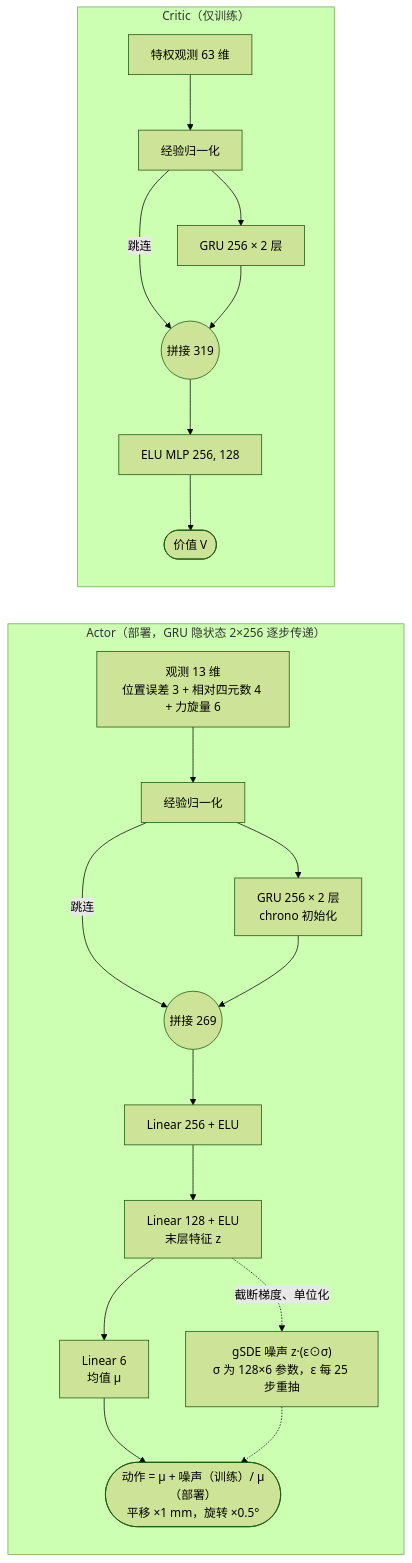
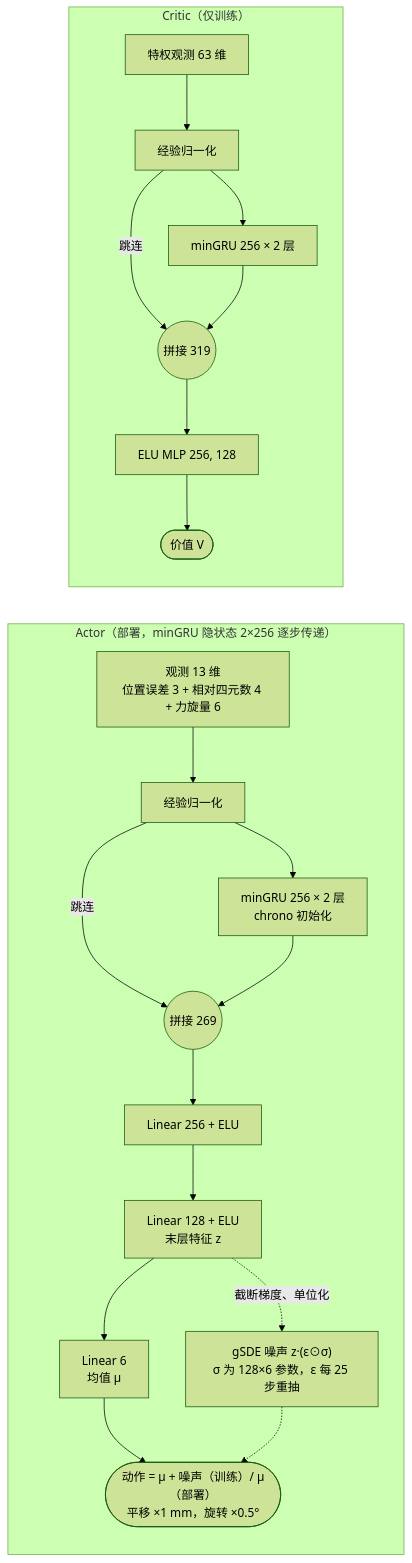
Before and after one commit to madderscientist/InsertAnything: the diagram in README.md, drawn with Mermaid (forest theme). The commit also changed other lines of this file and 4 other files, not shown here.

Commit message:
搜索训练 actor 与 critic 全部改用 minGRU，删除 GRU 与谱范数约束；记录长搜索记忆评估

````diff
--- a/README.md
+++ b/README.md
@@ -211,20 +211,20 @@
   ```mermaid
   flowchart LR
-    subgraph A["Actor（部署，GRU 隐状态 2×256 逐步传递）"]
+    subgraph A["Actor（部署，minGRU 隐状态 2×256 逐步传递）"]
       direction TB
       ao["观测 13 维<br/>位置误差 3 + 相对四元数 4 + 力旋量 6"] --> an["经验归一化"]
-      an --> ag["GRU 256 × 2 层<br/>chrono 初始化"]
+      an --> ag["minGRU 256 × 2 层<br/>chrono 初始化"]
       an -->|跳连| ac(("拼接 269"))
       ag --> ac
       ac --> am1["Linear 256 + ELU"] --> am2["Linear 128 + ELU<br/>末层特征 z"] --> amu["Linear 6<br/>均值 μ"]
       am2 -.->|截断梯度、单位化| gs["gSDE 噪声 z·(ε⊙σ)<br/>σ 为 128×6 参数，ε 每 25 步重抽"]
       amu --> act(["动作 = μ + 噪声（训练）/ μ（部署）<br/>平移 ×1 mm，旋转 ×0.5°"])
       gs -.-> act
     end
     subgraph C["Critic（仅训练）"]
       direction TB
-      co["特权观测 63 维"] --> cn["经验归一化"] --> cg["GRU 256 × 2 层"]
+      co["特权观测 63 维"] --> cn["经验归一化"] --> cg["minGRU 256 × 2 层"]
       cn -->|跳连| cc(("拼接 319"))
       cg --> cc --> cm["ELU MLP 256, 128"] --> v(["价值 V"])
     end
   ```
````
